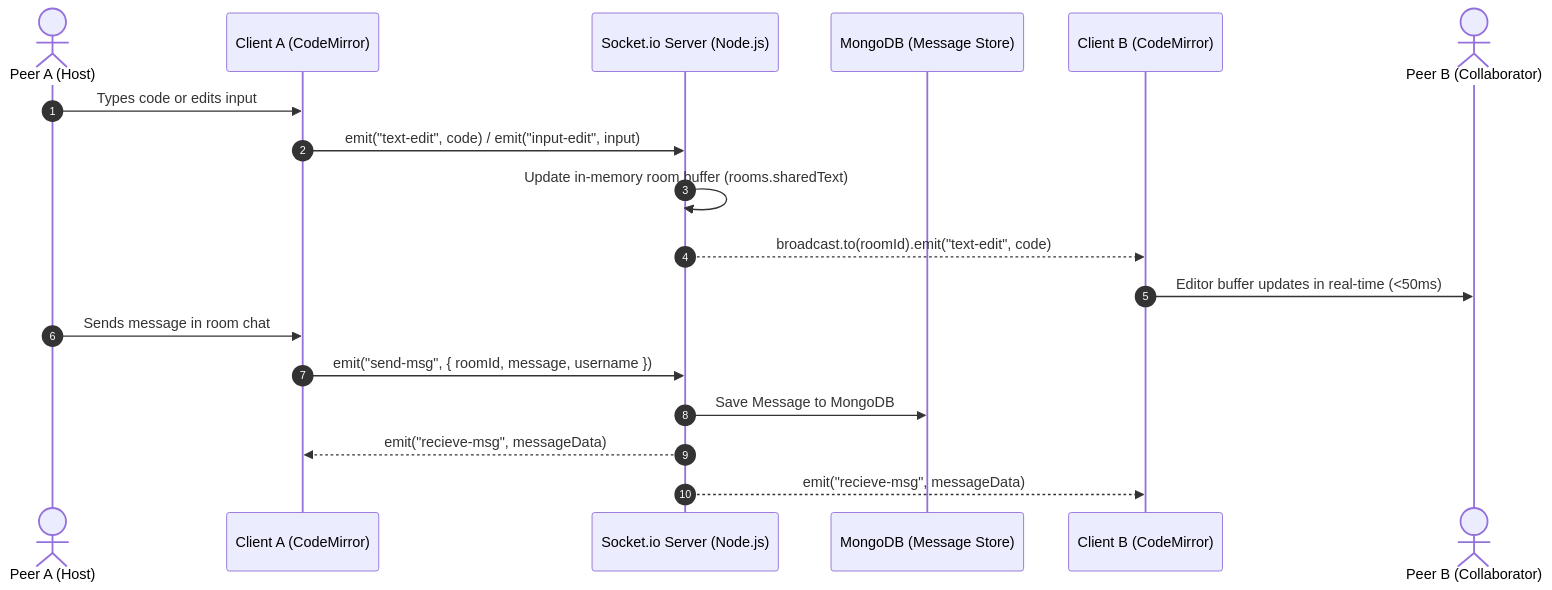
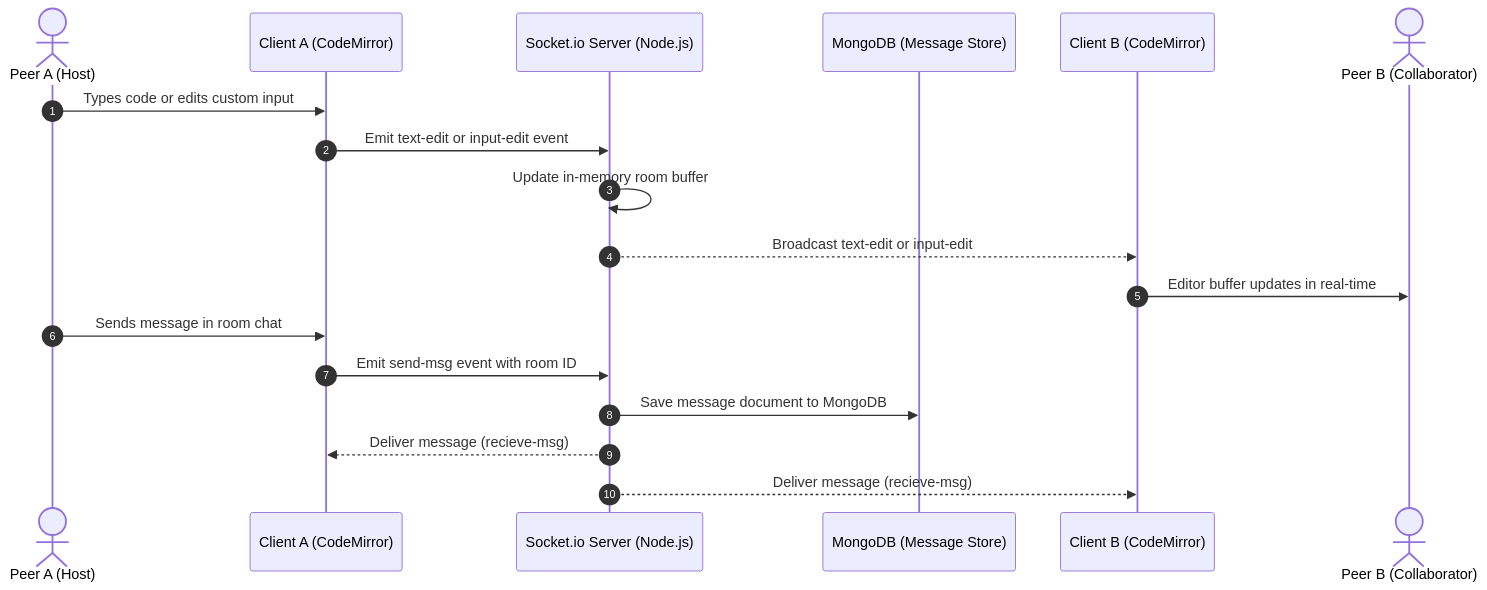
One commit to 2804Chaitanya/Code_Canvas changed the second of 3 diagrams in README.md. Above: the diagram before and after it, drawn with Mermaid. The commit also changed other lines of this file, not shown here.

Commit message:
fix(docs): resolve Mermaid syntax and subgraph edge parsing in system architecture

````diff
--- a/README.md
+++ b/README.md
@@ -159,22 +156,22 @@
 ```mermaid
 sequenceDiagram
     autonumber
     actor PeerA as Peer A (Host)
     participant ClientA as Client A (CodeMirror)
     participant Server as Socket.io Server (Node.js)
     participant DB as MongoDB (Message Store)
     participant ClientB as Client B (CodeMirror)
     actor PeerB as Peer B (Collaborator)
 
-    PeerA->>ClientA: Types code or edits input
-    ClientA->>Server: emit("text-edit", code) / emit("input-edit", input)
-    Server->>Server: Update in-memory room buffer (rooms.sharedText)
-    Server-->>ClientB: broadcast.to(roomId).emit("text-edit", code)
-    ClientB->>PeerB: Editor buffer updates in real-time (<50ms)
+    PeerA->>ClientA: Types code or edits custom input
+    ClientA->>Server: Emit text-edit or input-edit event
+    Server->>Server: Update in-memory room buffer
+    Server-->>ClientB: Broadcast text-edit or input-edit
+    ClientB->>PeerB: Editor buffer updates in real-time
 
     PeerA->>ClientA: Sends message in room chat
-    ClientA->>Server: emit("send-msg", { roomId, message, username })
-    Server->>DB: Save Message to MongoDB
-    Server-->>ClientA: emit("recieve-msg", messageData)
-    Server-->>ClientB: emit("recieve-msg", messageData)
+    ClientA->>Server: Emit send-msg event with room ID
+    Server->>DB: Save message document to MongoDB
+    Server-->>ClientA: Deliver message (recieve-msg)
+    Server-->>ClientB: Deliver message (recieve-msg)
 ```
````
